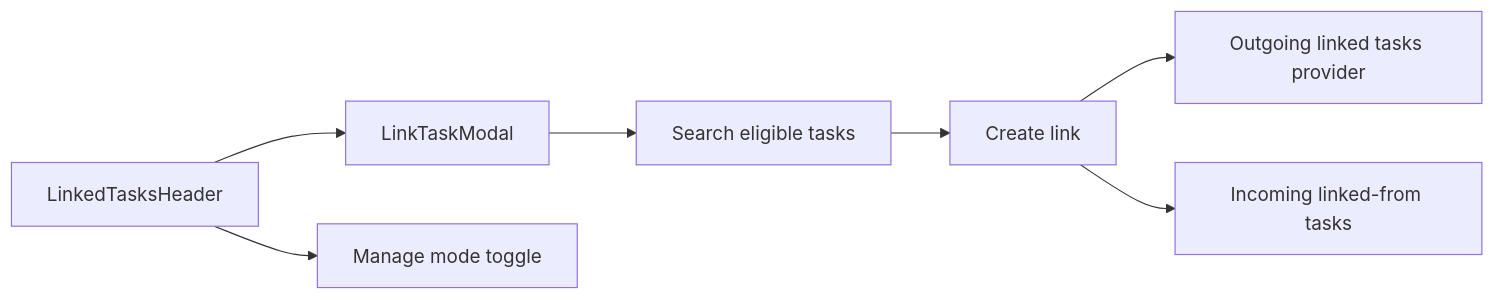
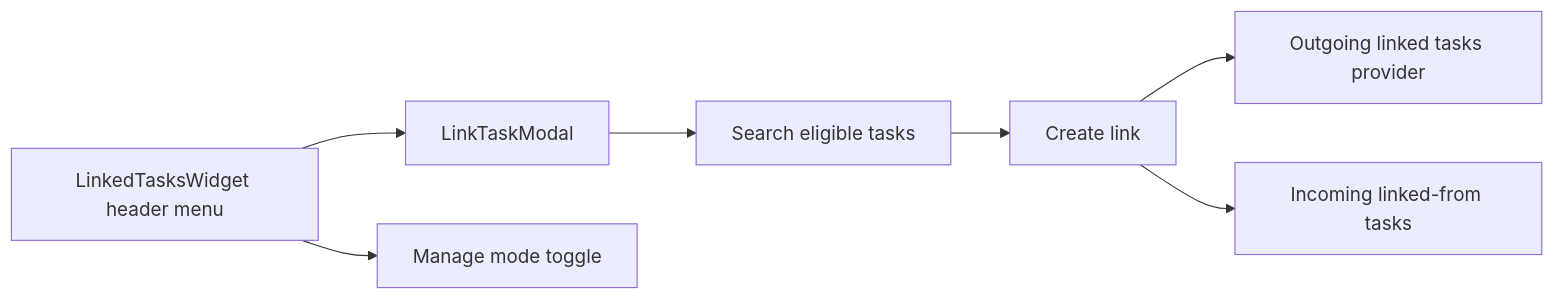
One commit to matthiasn/lotti changed the ninth of 12 diagrams in lib/features/tasks/README.md. Above: the diagram before and after it, drawn with Mermaid. The commit also changed other lines of this file and 28 other files, not shown here.

Commit message:
feat: redesigned linked tasks section

````diff
--- a/lib/features/tasks/README.md
+++ b/lib/features/tasks/README.md
@@ -310,9 +310,9 @@
 ```mermaid
 flowchart LR
-  Header["LinkedTasksHeader"] --> Modal["LinkTaskModal"]
+  Header["LinkedTasksWidget header menu"] --> Modal["LinkTaskModal"]
   Header --> Manage["Manage mode toggle"]
   Modal --> Search["Search eligible tasks"]
   Search --> Link["Create link"]
   Link --> Outgoing["Outgoing linked tasks provider"]
   Link --> Incoming["Incoming linked-from tasks"]
 ```
````
